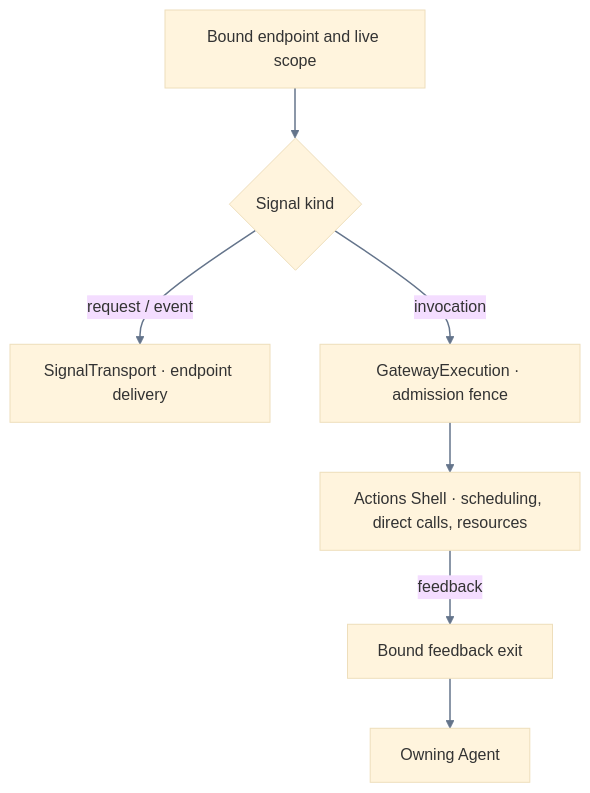
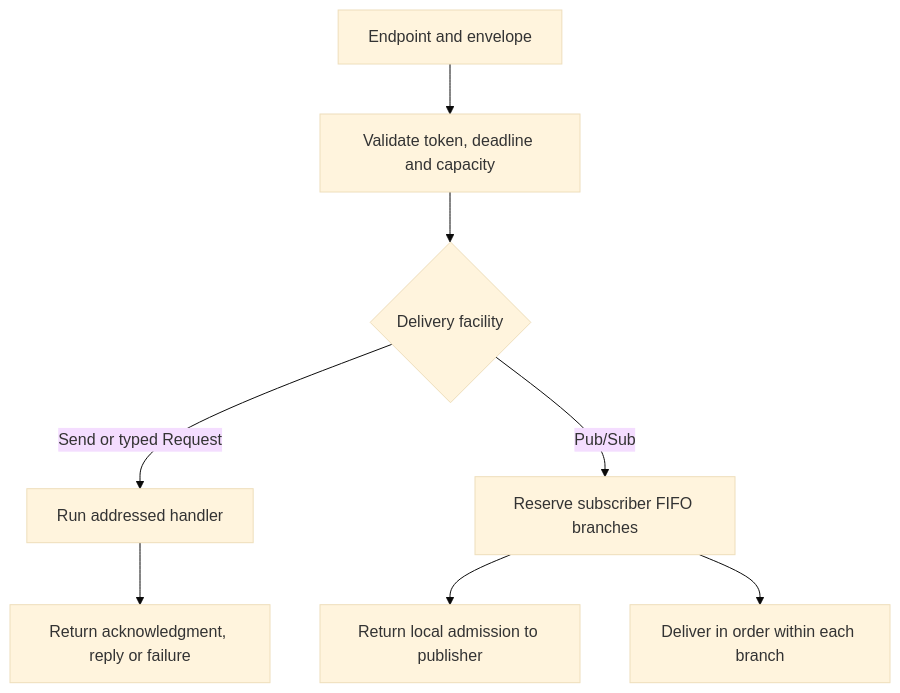
Before and after one commit to devilyouwei/MobileHarness: the second of 2 diagrams in MobileHarness/Gateway/README.md, drawn with Mermaid (base theme). The commit also changed other lines of this file and 97 other files, not shown here.

First line of the commit message:
Unify action and tool transport and log Agent controls

````diff
--- a/MobileHarness/Gateway/README.md
+++ b/MobileHarness/Gateway/README.md
@@ -39,10 +20,10 @@
 ```mermaid
 flowchart TB
-    Envelope["Bound endpoint and live scope"] --> Route{"Signal kind"}
-    Route -->|request / event| T["SignalTransport · endpoint delivery"]
-    Route -->|invocation| E["GatewayExecution · admission fence"]
-    E --> Shell["Actions Shell · scheduling, direct calls, resources"]
-    Shell -->|feedback| F["Bound feedback exit"]
-    F --> Agent["Owning Agent"]
-    linkStyle default stroke:#64748b,stroke-width:1.5px
+    Envelope["Endpoint and envelope"] --> Admit["Validate token, deadline and capacity"]
+    Admit --> Kind{"Delivery facility"}
+    Kind -->|Send or typed Request| Direct["Run addressed handler"]
+    Kind -->|Pub/Sub| Queues["Reserve subscriber FIFO branches"]
+    Direct --> Return["Return acknowledgment, reply or failure"]
+    Queues --> Publish["Return local admission to publisher"]
+    Queues --> Deliver["Deliver in order within each branch"]
 ```
````
